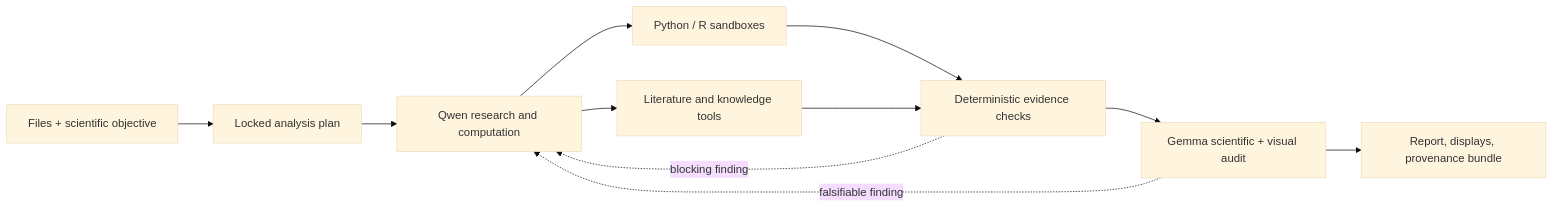
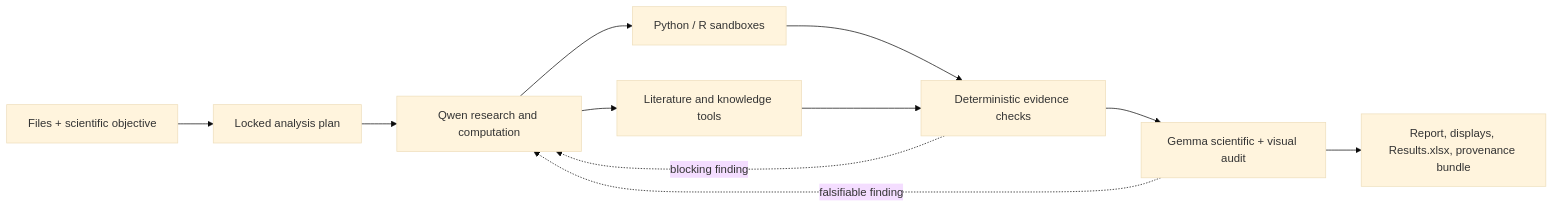
One commit to kstawiski/evidence-gated-scientific-agent changed the diagram in README.md. Above: the diagram before and after it, drawn with Mermaid (base theme). The commit also changed other lines of this file and 21 other files, not shown here.

````diff
--- a/README.md
+++ b/README.md
@@ -47,13 +50,13 @@
 ```mermaid
 flowchart LR
     A[Files + scientific objective] --> B[Locked analysis plan]
     B --> C[Qwen research and computation]
     C --> D[Python / R sandboxes]
     C --> E[Literature and knowledge tools]
     D --> F[Deterministic evidence checks]
     E --> F
     F --> G[Gemma scientific + visual audit]
-    G --> H[Report, displays, provenance bundle]
+    G --> H[Report, displays, Results.xlsx, provenance bundle]
     F -. blocking finding .-> C
     G -. falsifiable finding .-> C
 ```
````
